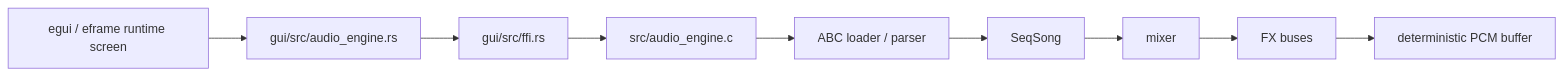
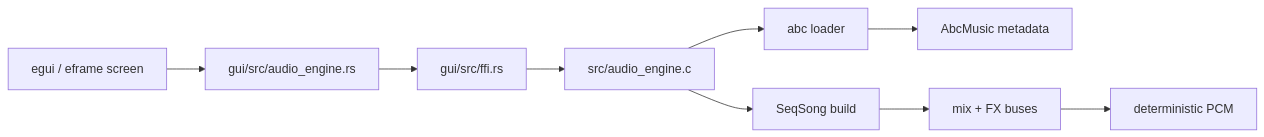
Before and after one commit to chussenot/memdeck: the diagram in docs/gui-runtime.md, drawn with Mermaid. The commit also changed other lines of this file and 8 other files, not shown here.

First line of the commit message:
Align GUI docs and README with polished runtime

````diff
--- a/docs/gui-runtime.md
+++ b/docs/gui-runtime.md
@@ -7,11 +7,11 @@
 ```mermaid
 flowchart LR
-    GUI[egui / eframe runtime screen] --> WRAPPER[gui/src/audio_engine.rs]
+    GUI[egui / eframe screen] --> WRAPPER[gui/src/audio_engine.rs]
     WRAPPER --> FFI[gui/src/ffi.rs]
     FFI --> ENGINE[src/audio_engine.c]
-    ENGINE --> ABC[ABC loader / parser]
-    ABC --> SONG[SeqSong]
-    SONG --> MIXER[mixer]
-    MIXER --> FX[FX buses]
-    FX --> PCM[deterministic PCM buffer]
+    ENGINE --> ABC[abc loader]
+    ABC --> MUSIC[AbcMusic metadata]
+    ENGINE --> SONG[SeqSong build]
+    SONG --> MIXER[mix + FX buses]
+    MIXER --> PCM[deterministic PCM]
 ```
````
